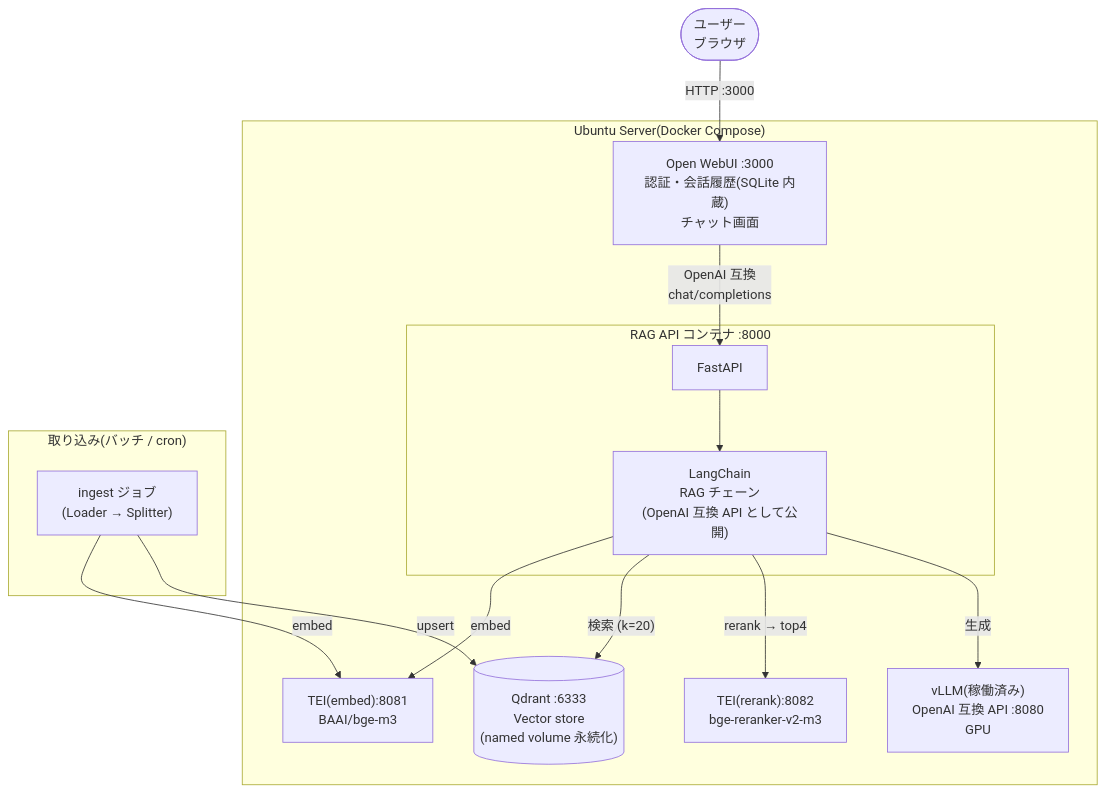
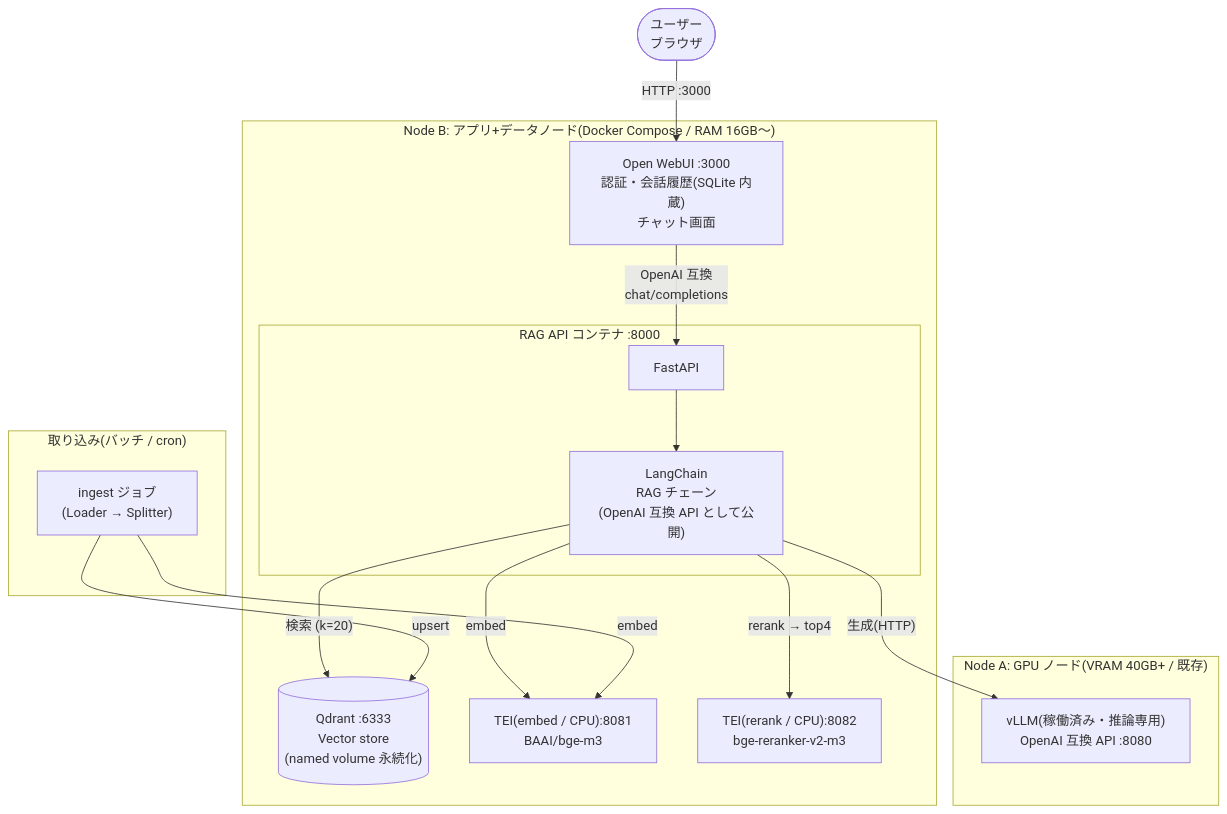
Before and after one commit to irimura/rag-system: the diagram in docs/plan2-standard.md, drawn with Mermaid. The commit also changed other lines of this file and 3 other files, not shown here.

First line of the commit message:
Adopt 2-node topology: GPU node (vLLM) / app+data node

````diff
--- a/docs/plan2-standard.md
+++ b/docs/plan2-standard.md
@@ -8,33 +9,36 @@
 ```mermaid
 flowchart TB
     U(["ユーザー<br/>ブラウザ"])
 
-    subgraph host["Ubuntu Server(Docker Compose)"]
+    subgraph nodeB["Node B: アプリ+データノード(Docker Compose / RAM 16GB〜)"]
         OWUI["Open WebUI :3000<br/>認証・会話履歴(SQLite 内蔵)<br/>チャット画面"]
 
         subgraph ragapi["RAG API コンテナ :8000"]
             API["FastAPI"]
             LC["LangChain<br/>RAG チェーン<br/>(OpenAI 互換 API として公開)"]
             API --> LC
         end
 
         QD[("Qdrant :6333<br/>Vector store<br/>(named volume 永続化)")]
-        TEI_E["TEI(embed):8081<br/>BAAI/bge-m3"]
-        TEI_R["TEI(rerank):8082<br/>bge-reranker-v2-m3"]
-        VLLM["vLLM(稼働済み)<br/>OpenAI 互換 API :8080<br/>GPU"]
+        TEI_E["TEI(embed / CPU):8081<br/>BAAI/bge-m3"]
+        TEI_R["TEI(rerank / CPU):8082<br/>bge-reranker-v2-m3"]
 
         OWUI -->|"OpenAI 互換<br/>chat/completions"| API
         LC -->|"embed"| TEI_E
         LC -->|"検索 (k=20)"| QD
         LC -->|"rerank → top4"| TEI_R
-        LC -->|"生成"| VLLM
     end
 
+    subgraph nodeA["Node A: GPU ノード(VRAM 40GB+ / 既存)"]
+        VLLM["vLLM(稼働済み・推論専用)<br/>OpenAI 互換 API :8080"]
+    end
+
+    LC -->|"生成(HTTP)"| VLLM
     U -->|"HTTP :3000"| OWUI
 
     subgraph ingestflow["取り込み(バッチ / cron)"]
         ING["ingest ジョブ<br/>(Loader → Splitter)"]
     end
     ING -->|"embed"| TEI_E
     ING -->|"upsert"| QD
 ```
````
